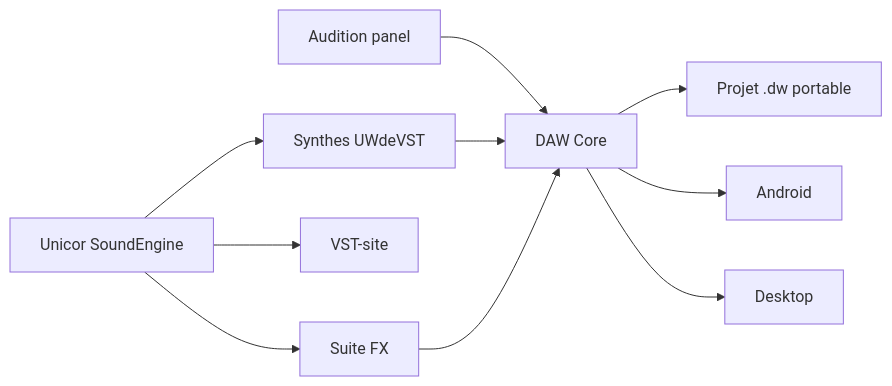
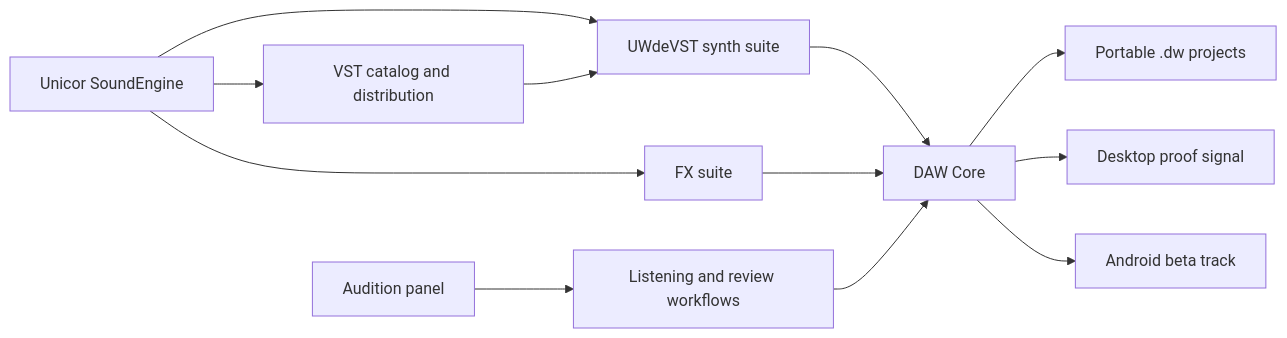
One commit to charli-dev420/presentation-projet-music changed the first of 2 diagrams in docs/project-map.md. Above: the diagram before and after it, drawn with Mermaid. The commit also changed other lines of this file and 28 other files, not shown here.

````diff
--- a/docs/project-map.md
+++ b/docs/project-map.md
@@ -19,12 +23,14 @@
 ```mermaid
 flowchart LR
-    A[DAW Core] --> B[Projet .dw portable]
-    A --> C[Android]
-    A --> D[Desktop]
-    E[Unicor SoundEngine] --> F[Synthes UWdeVST]
-    E --> G[Suite FX]
-    E --> H[VST-site]
-    I[Audition panel] --> A
+    A[DAW Core] --> B[Portable .dw projects]
+    A --> C[Desktop proof signal]
+    A --> D[Android beta track]
+    E[Unicor SoundEngine] --> F[UWdeVST synth suite]
+    E --> G[FX suite]
+    E --> H[VST catalog and distribution]
+    I[Audition panel] --> J[Listening and review workflows]
     F --> A
     G --> A
+    H --> F
+    J --> A
 ```
````
